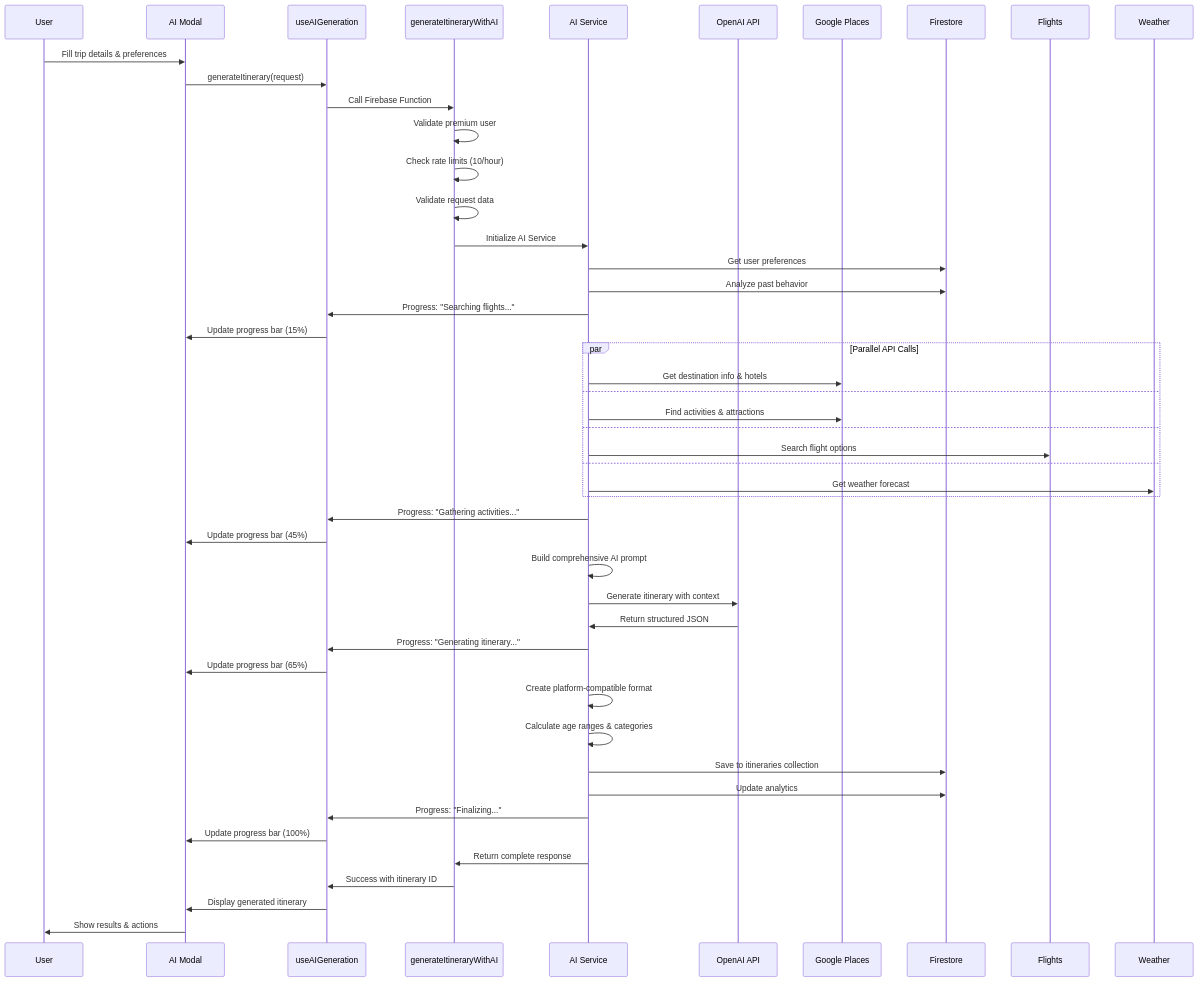
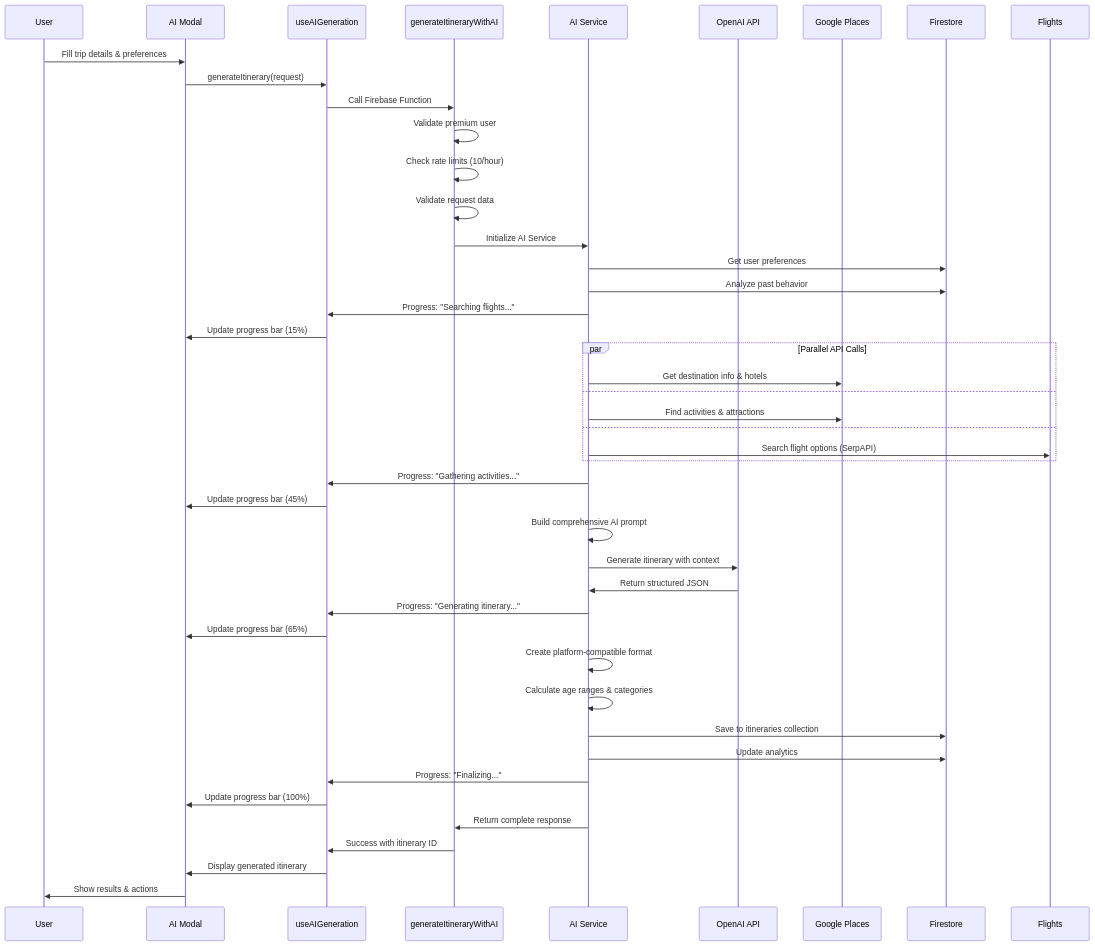
The second of 11 diagrams in docs/AI_Itineraries/AI_SYSTEM_ARCHITECTURE.md (DuaneQ/voyager-pwa), drawn with Mermaid before and after one commit. The commit also changed other lines of this file and 46 other files, not shown here.

````diff
--- a/docs/AI_Itineraries/AI_SYSTEM_ARCHITECTURE.md
+++ b/docs/AI_Itineraries/AI_SYSTEM_ARCHITECTURE.md
@@ -70,62 +71,60 @@
 ```mermaid
 sequenceDiagram
     participant U as User
     participant UI as AI Modal
     participant H as useAIGeneration
     participant A as generateItineraryWithAI
     participant S as AI Service
     participant O as OpenAI API
     participant G as Google Places
     participant DB as Firestore
 
     %% User Interaction
     U->>UI: Fill trip details & preferences
     UI->>H: generateItinerary(request)
     H->>A: Call Firebase Function
 
     %% Authentication & Validation
     A->>A: Validate premium user
     A->>A: Check rate limits (10/hour)
     A->>A: Validate request data
 
     %% Stage 1: Data Collection (15%)
     A->>S: Initialize AI Service
     S->>DB: Get user preferences
     S->>DB: Analyze past behavior
     S->>H: Progress: "Searching flights..."
     H->>UI: Update progress bar (15%)
 
     %% Stage 2: External API Calls (30-45%) - PARALLEL
     par Parallel API Calls
         S->>G: Get destination info & hotels
     and
         S->>G: Find activities & attractions  
     and
-        S->>Flights: Search flight options
-    and
-        S->>Weather: Get weather forecast
+        S->>Flights: Search flight options (SerpAPI)
     end
     S->>H: Progress: "Gathering activities..."
     H->>UI: Update progress bar (45%)
 
     %% Stage 3: AI Generation (65%)
     S->>S: Build comprehensive AI prompt
     S->>O: Generate itinerary with context
     O->>S: Return structured JSON
     S->>H: Progress: "Generating itinerary..."
     H->>UI: Update progress bar (65%)
 
     %% Stage 4: Finalization (85-100%)
     S->>S: Create platform-compatible format
     S->>S: Calculate age ranges & categories
     S->>DB: Save to itineraries collection
     S->>DB: Update analytics
     S->>H: Progress: "Finalizing..."
     H->>UI: Update progress bar (100%)
 
     %% Return Results
     S->>A: Return complete response
     A->>H: Success with itinerary ID
     H->>UI: Display generated itinerary
     UI->>U: Show results & actions
 ```
````
